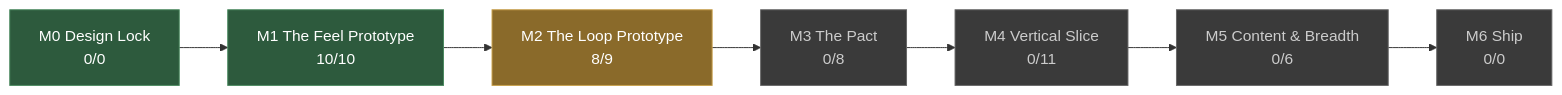
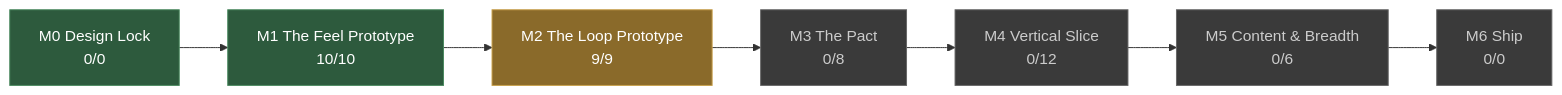
The diagram in docs/STATUS.md (JoshuaGessner/she), drawn with Mermaid before and after one commit. The commit also changed other lines of this file and 11 other files, not shown here.

````diff
--- a/docs/STATUS.md
+++ b/docs/STATUS.md
@@ -13,19 +13,19 @@
 ```mermaid
 flowchart LR
   M0["M0 Design Lock<br/>0/0"]:::passed
   M1["M1 The Feel Prototype<br/>10/10"]:::passed
   M0 --> M1
-  M2["M2 The Loop Prototype<br/>8/9"]:::current
+  M2["M2 The Loop Prototype<br/>9/9"]:::current
   M1 --> M2
   M3["M3 The Pact<br/>0/8"]:::ahead
   M2 --> M3
-  M4["M4 Vertical Slice<br/>0/11"]:::ahead
+  M4["M4 Vertical Slice<br/>0/12"]:::ahead
   M3 --> M4
   M5["M5 Content & Breadth<br/>0/6"]:::ahead
   M4 --> M5
   M6["M6 Ship<br/>0/0"]:::ahead
   M5 --> M6
   classDef passed fill:#2d5a3d,stroke:#4a8a5f,color:#fff
   classDef current fill:#8a6a2a,stroke:#c8a04a,color:#fff
   classDef ahead fill:#3a3a3a,stroke:#666,color:#ccc
 ```
````
